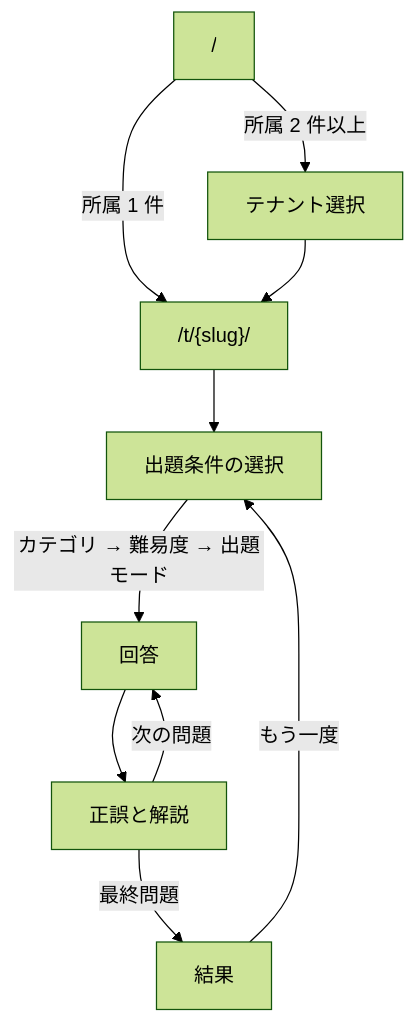
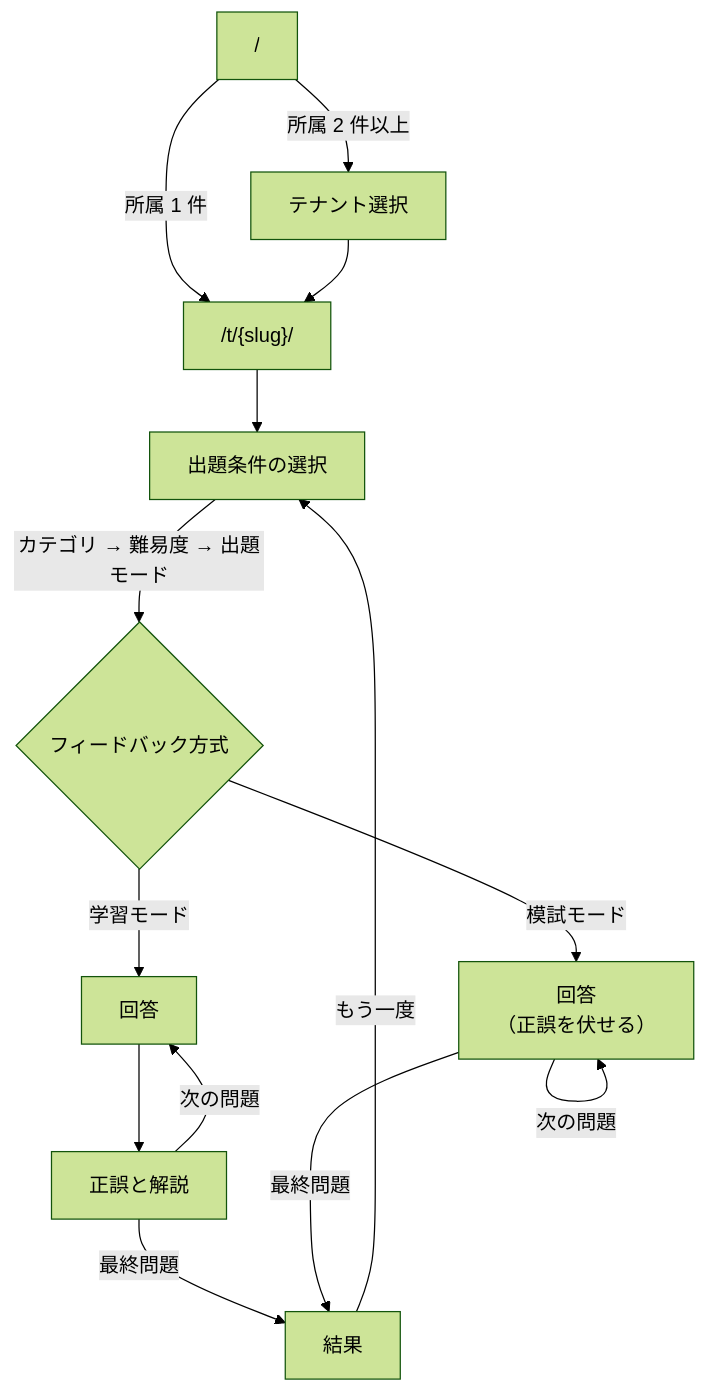
The first of 3 diagrams in docs/requirements.md (fujitamasayoshi0402/quiz-app), drawn with Mermaid (forest theme) before and after one commit. The commit also changed other lines of this file and 2 other files, not shown here.

````diff
--- a/docs/requirements.md
+++ b/docs/requirements.md
@@ -130,12 +131,16 @@
 ```mermaid
 flowchart TD
     Root["/"] -->|所属 1 件| TenantTop["/t/{slug}/"]
     Root -->|所属 2 件以上| Select[テナント選択]
     Select --> TenantTop
     TenantTop --> Play["出題条件の選択"]
-    Play -->|カテゴリ → 難易度 → 出題モード| Session["回答"]
-    Session --> Judge["正誤と解説"]
-    Judge -->|次の問題| Session
+    Play -->|カテゴリ → 難易度 → 出題モード| Mode{"フィードバック方式"}
+    Mode -->|学習モード| Learn["回答"]
+    Learn --> Judge["正誤と解説"]
+    Judge -->|次の問題| Learn
     Judge -->|最終問題| Result["結果"]
+    Mode -->|模試モード| Exam["回答<br/>（正誤を伏せる）"]
+    Exam -->|次の問題| Exam
+    Exam -->|最終問題| Result
     Result -->|もう一度| Play
 ```
````
